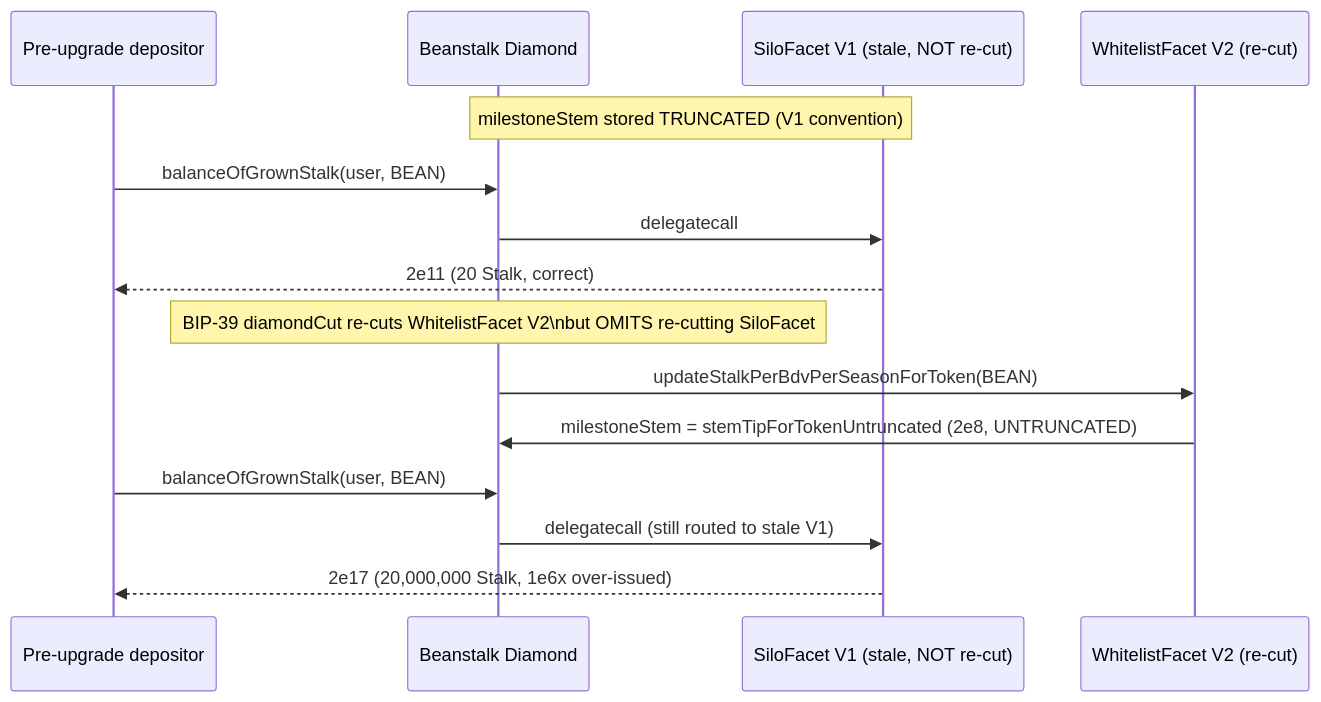
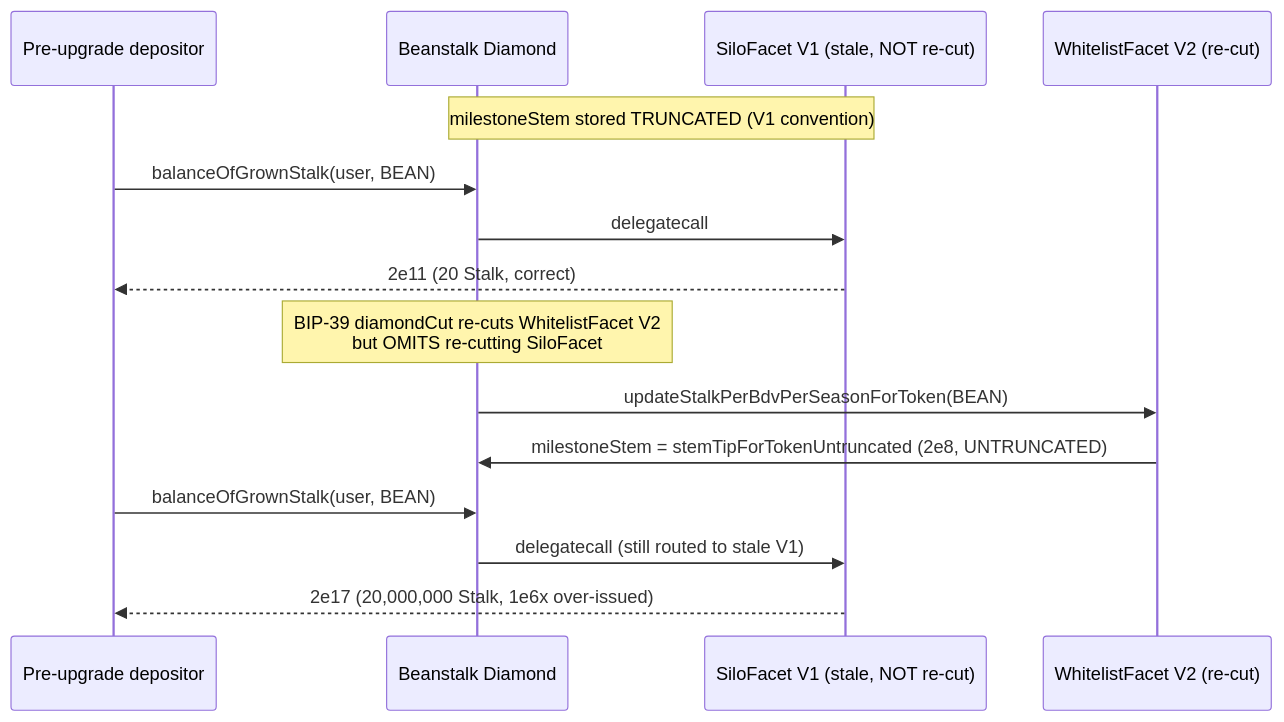
Before and after one commit to sanbir/evm-hack-registry: the diagram in 31275-failure-to-add-modified-facets-and-facets-with-modified-depe_exp/31275-failure-to-add-modified-facets-and-facets-with-modified-depe_exp.md, drawn with Mermaid. The commit also changed 23 other files, not shown here.

````diff
--- a/31275-failure-to-add-modified-facets-and-facets-with-modified-depe_exp/31275-failure-to-add-modified-facets-and-facets-with-modified-depe_exp.md
+++ b/31275-failure-to-add-modified-facets-and-facets-with-modified-depe_exp/31275-failure-to-add-modified-facets-and-facets-with-modified-depe_exp.md
@@ -45,20 +45,20 @@
 ```mermaid
 sequenceDiagram
     participant U as Pre-upgrade depositor
     participant D as Beanstalk Diamond
     participant SV1 as SiloFacet V1 (stale, NOT re-cut)
     participant WV2 as WhitelistFacet V2 (re-cut)
 
     Note over D,SV1: milestoneStem stored TRUNCATED (V1 convention)
     U->>D: balanceOfGrownStalk(user, BEAN)
     D->>SV1: delegatecall
     SV1-->>U: 2e11  (20 Stalk, correct)
 
-    Note over D: BIP-39 diamondCut re-cuts WhitelistFacet V2\nbut OMITS re-cutting SiloFacet
+    Note over D: BIP-39 diamondCut re-cuts WhitelistFacet V2<br/>but OMITS re-cutting SiloFacet
     D->>WV2: updateStalkPerBdvPerSeasonForToken(BEAN)
     WV2->>D: milestoneStem = stemTipForTokenUntruncated (2e8, UNTRUNCATED)
 
     U->>D: balanceOfGrownStalk(user, BEAN)
     D->>SV1: delegatecall (still routed to stale V1)
     SV1-->>U: 2e17  (20,000,000 Stalk, 1e6x over-issued)
 ```
````
